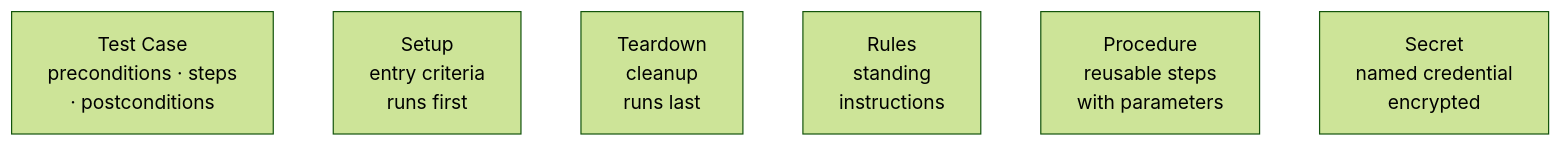
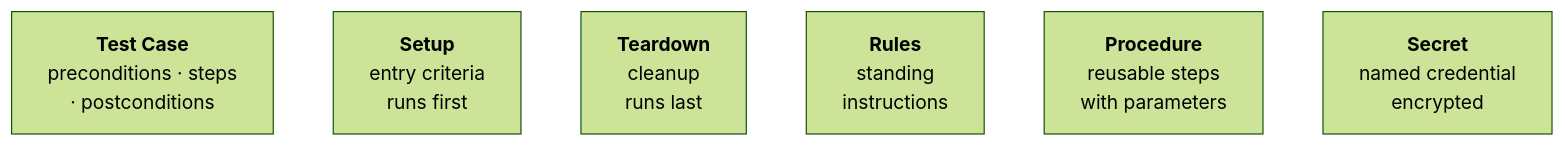
Before and after one commit to askui/docs-rewrite: the diagram in content/docs/writing-tests/index.mdx, drawn with Mermaid (forest theme).

Commit message:
docs(test-cases): bold titles in the concept blocks

````diff
--- a/content/docs/writing-tests/index.mdx
+++ b/content/docs/writing-tests/index.mdx
@@ -21,22 +21,10 @@
 ```mermaid
 flowchart LR
-  TC["Test Case
-preconditions · steps
-· postconditions"]
-  SETUP["Setup
-entry criteria
-runs first"]
-  TEARDOWN["Teardown
-cleanup
-runs last"]
-  RULES["Rules
-standing
-instructions"]
-  PROC["Procedure
-reusable steps
-with parameters"]
-  SEC["Secret
-named credential
-encrypted"]
+  TC["<b>Test Case</b><br/>preconditions · steps<br/>· postconditions"]
+  SETUP["<b>Setup</b><br/>entry criteria<br/>runs first"]
+  TEARDOWN["<b>Teardown</b><br/>cleanup<br/>runs last"]
+  RULES["<b>Rules</b><br/>standing<br/>instructions"]
+  PROC["<b>Procedure</b><br/>reusable steps<br/>with parameters"]
+  SEC["<b>Secret</b><br/>named credential<br/>encrypted"]
   TC ~~~ SETUP ~~~ TEARDOWN ~~~ RULES ~~~ PROC ~~~ SEC
 ```
````
